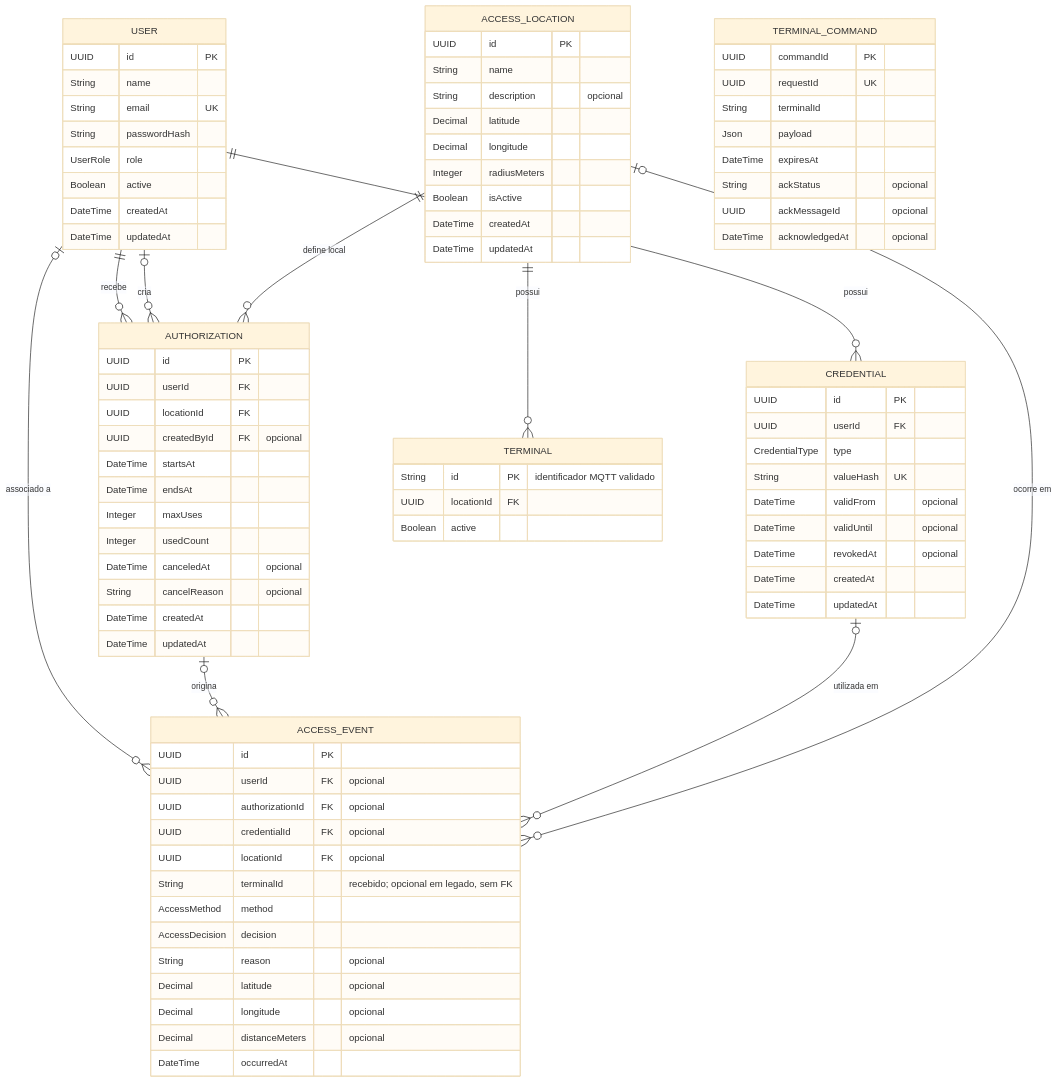
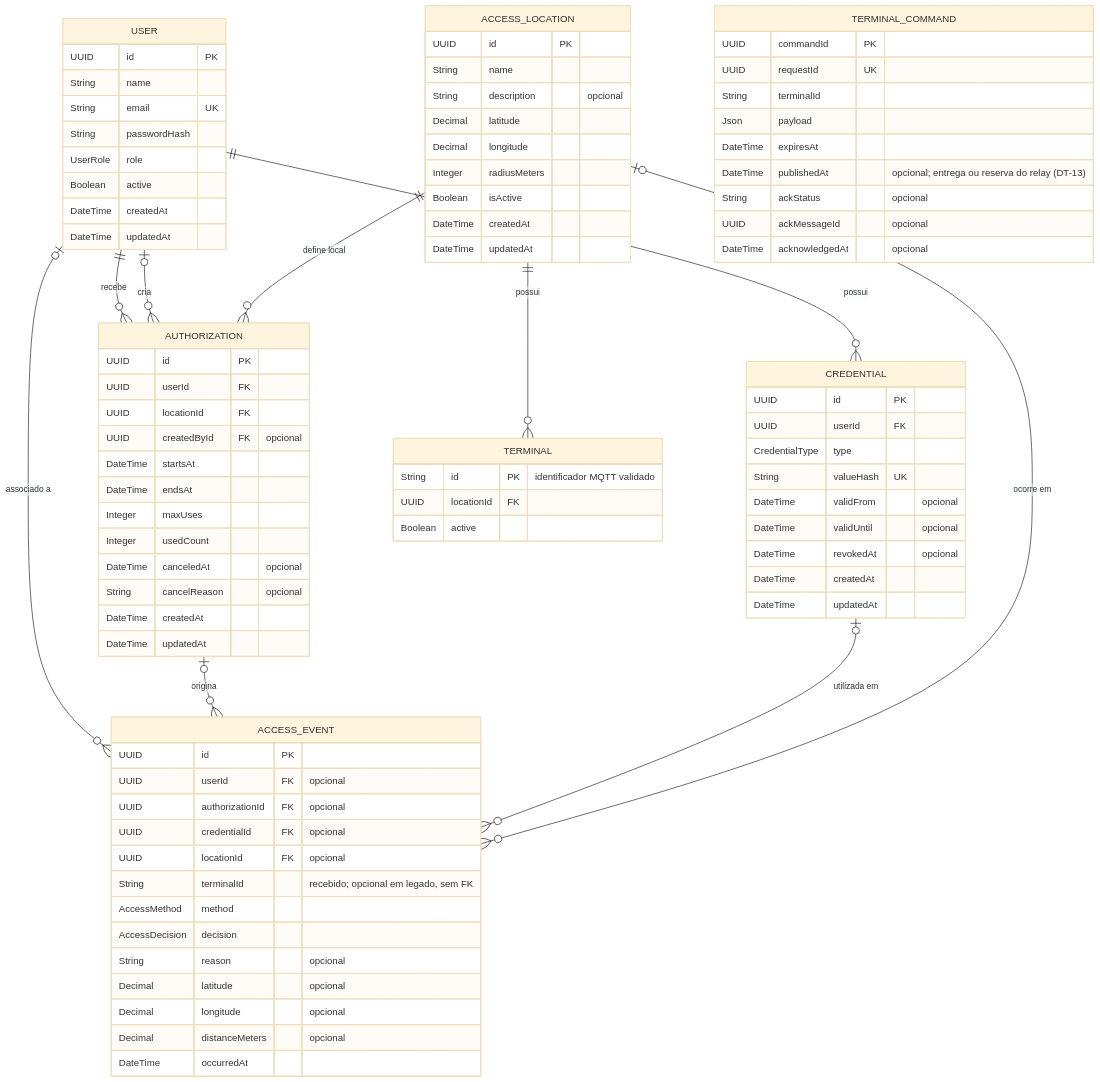
Before and after one commit to ErrorSquad-ABP/ABP4-Sistema-Controle-Acesso: the diagram in docs/architecture/modelo-dados.md, drawn with Mermaid (base theme). The commit also changed other lines of this file and 11 other files, not shown here.

```diff
--- a/docs/architecture/modelo-dados.md
+++ b/docs/architecture/modelo-dados.md
@@ -91,6 +91,7 @@
         String terminalId
         Json payload
         DateTime expiresAt
+        DateTime publishedAt "opcional; entrega ou reserva do relay (DT-13)"
         String ackStatus "opcional"
         UUID ackMessageId "opcional"
         DateTime acknowledgedAt "opcional"
```
